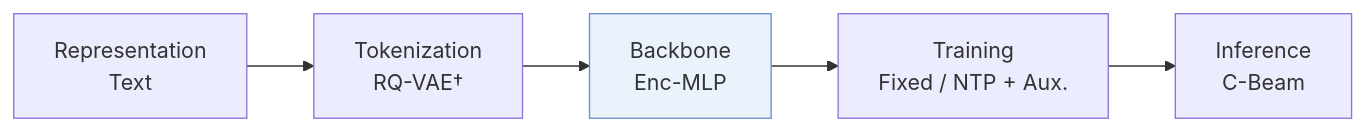
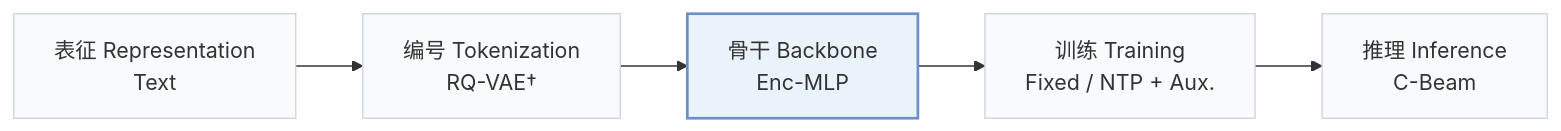
Before and after one commit to Galaxy-ghost/Awesome-SID-Generative-Rec: the first of 2 diagrams in pages/zh/papers/sid-mlp.md, drawn with Mermaid. The commit also changed other lines of this file and 649 other files, not shown here.

Commit message:
writer-05: also tags and modality index (schema, check, build, visuals); summary field removed; calibration data for 12 papers

````diff
--- a/pages/zh/papers/sid-mlp.md
+++ b/pages/zh/papers/sid-mlp.md
@@ -13,6 +15,8 @@
 ```mermaid
 flowchart LR
-    R["Representation<br/>Text"] --> T["Tokenization<br/>RQ-VAE†"] --> B["Backbone<br/>Enc-MLP"] --> TR["Training<br/>Fixed / NTP + Aux."] --> I["Inference<br/>C-Beam"]
-    classDef main fill:#eaf2fb,stroke:#6b8fc7
+    R["表征 Representation<br/>Text"] --> T["编号 Tokenization<br/>RQ-VAE†"] --> B["骨干 Backbone<br/>Enc-MLP"] --> TR["训练 Training<br/>Fixed / NTP + Aux."] --> I["推理 Inference<br/>C-Beam"]
+    classDef base fill:#f8fafc,stroke:#cbd5e1
+    class R,T,B,TR,I base
+    classDef main fill:#eaf2fb,stroke:#6b8fc7,stroke-width:2px
     class B main
 ```
````
